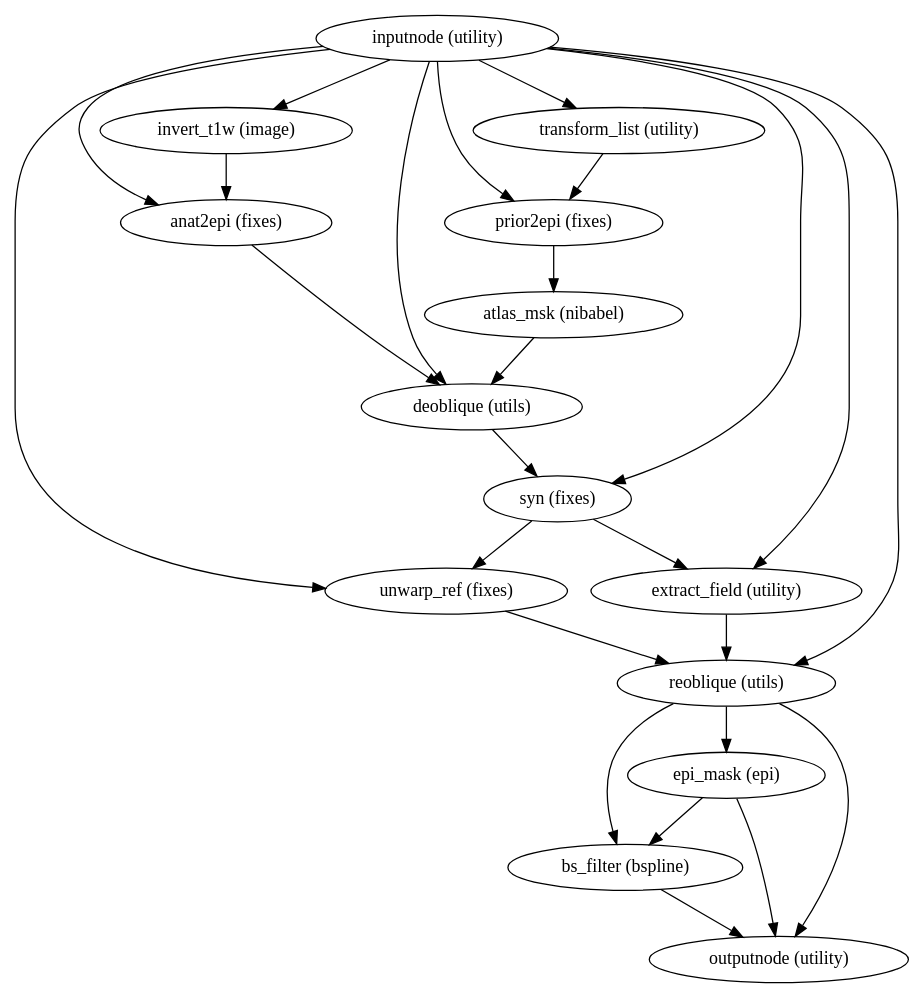
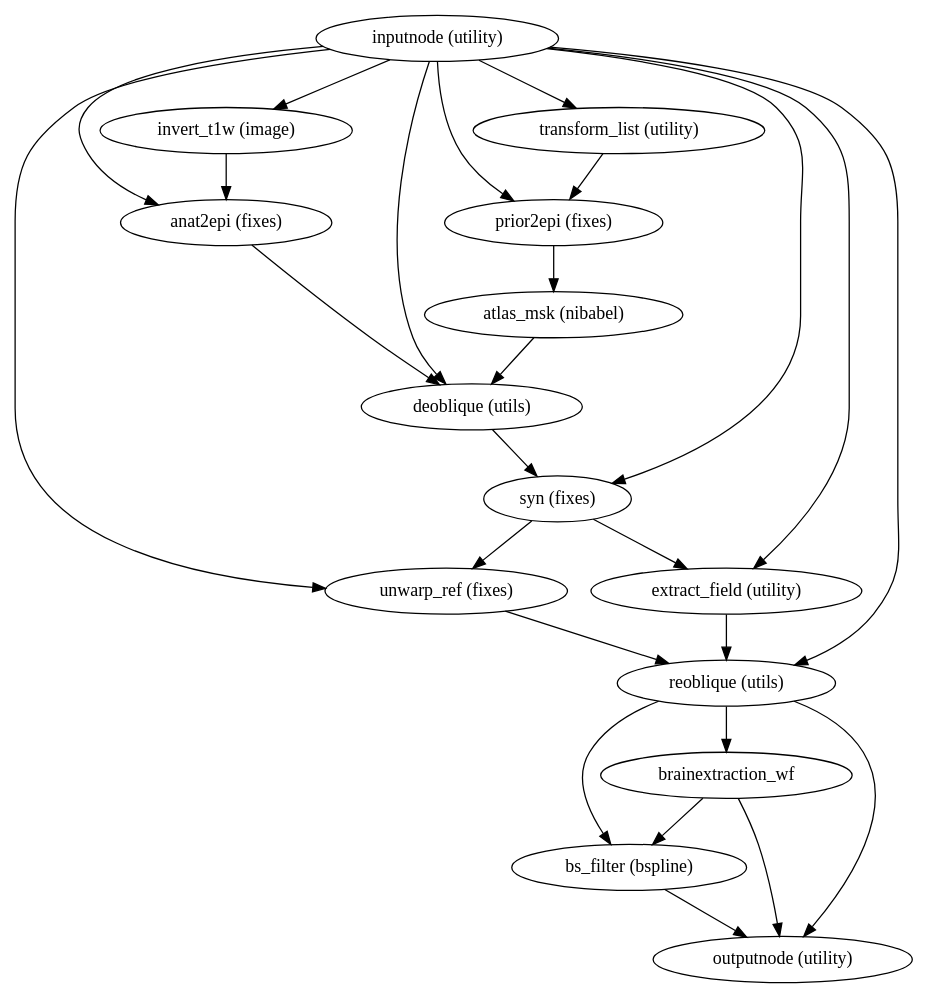
The diagram in 2.0.0rc1/wf_directive/api/syn_sdc_wf/sdcflows-workflows-fit-syn-1.dot (wayne009007/sdcflows), drawn with Graphviz before and after one commit. The commit also changed 3168 other files, not shown here.

```diff
--- a/2.0.0rc1/wf_directive/api/syn_sdc_wf/sdcflows-workflows-fit-syn-1.dot
+++ b/2.0.0rc1/wf_directive/api/syn_sdc_wf/sdcflows-workflows-fit-syn-1.dot
@@ -1,41 +1,41 @@
 strict digraph  {
 "inputnode (utility)";
 "transform_list (utility)";
 "invert_t1w (image)";
 "anat2epi (fixes)";
 "deoblique (utils)";
 "reoblique (utils)";
 "syn (fixes)";
 "unwarp_ref (fixes)";
 "prior2epi (fixes)";
 "extract_field (utility)";
-"epi_mask (epi)";
+brainextraction_wf;
 "bs_filter (bspline)";
 "outputnode (utility)";
 "atlas_msk (nibabel)";
 "inputnode (utility)" -> "transform_list (utility)";
 "inputnode (utility)" -> "invert_t1w (image)";
 "inputnode (utility)" -> "anat2epi (fixes)";
 "inputnode (utility)" -> "deoblique (utils)";
 "inputnode (utility)" -> "reoblique (utils)";
 "inputnode (utility)" -> "syn (fixes)";
 "inputnode (utility)" -> "unwarp_ref (fixes)";
 "inputnode (utility)" -> "prior2epi (fixes)";
 "inputnode (utility)" -> "extract_field (utility)";
 "transform_list (utility)" -> "prior2epi (fixes)";
 "invert_t1w (image)" -> "anat2epi (fixes)";
 "anat2epi (fixes)" -> "deoblique (utils)";
 "deoblique (utils)" -> "syn (fixes)";
-"reoblique (utils)" -> "epi_mask (epi)";
+"reoblique (utils)" -> brainextraction_wf;
 "reoblique (utils)" -> "bs_filter (bspline)";
 "reoblique (utils)" -> "outputnode (utility)";
 "syn (fixes)" -> "extract_field (utility)";
 "syn (fixes)" -> "unwarp_ref (fixes)";
 "unwarp_ref (fixes)" -> "reoblique (utils)";
 "prior2epi (fixes)" -> "atlas_msk (nibabel)";
 "extract_field (utility)" -> "reoblique (utils)";
-"epi_mask (epi)" -> "bs_filter (bspline)";
-"epi_mask (epi)" -> "outputnode (utility)";
+brainextraction_wf -> "bs_filter (bspline)";
+brainextraction_wf -> "outputnode (utility)";
 "bs_filter (bspline)" -> "outputnode (utility)";
 "atlas_msk (nibabel)" -> "deoblique (utils)";
 }
```
